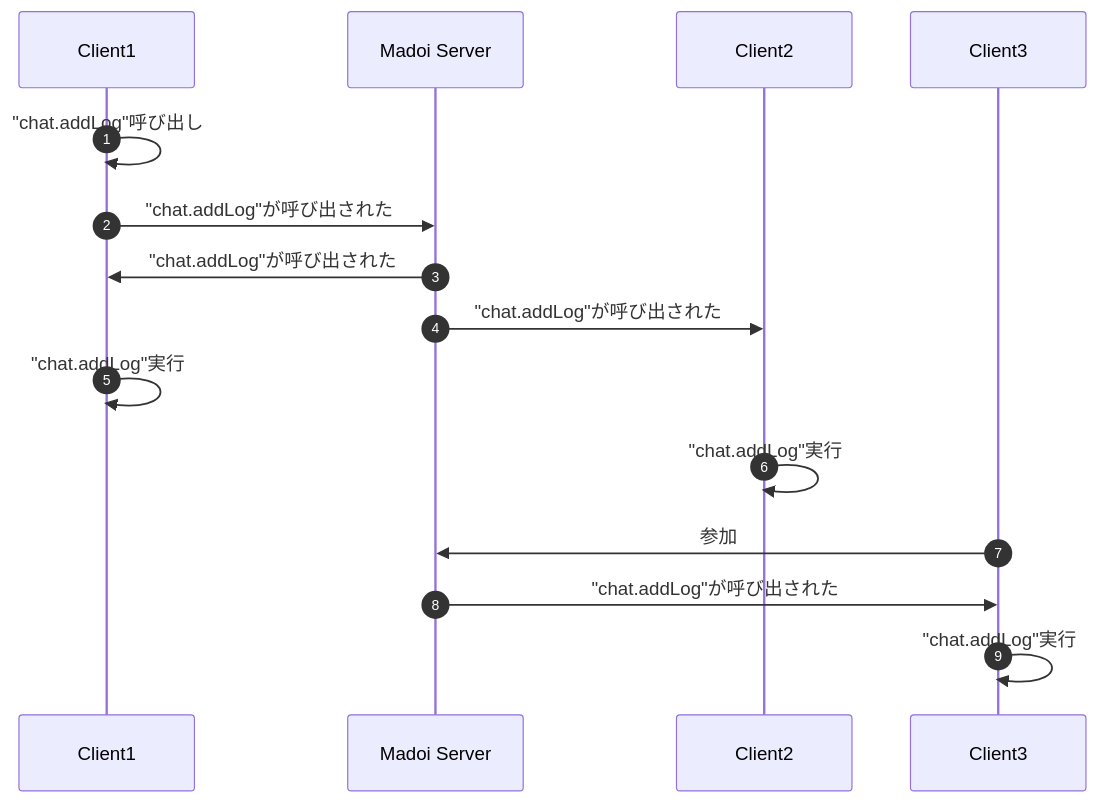
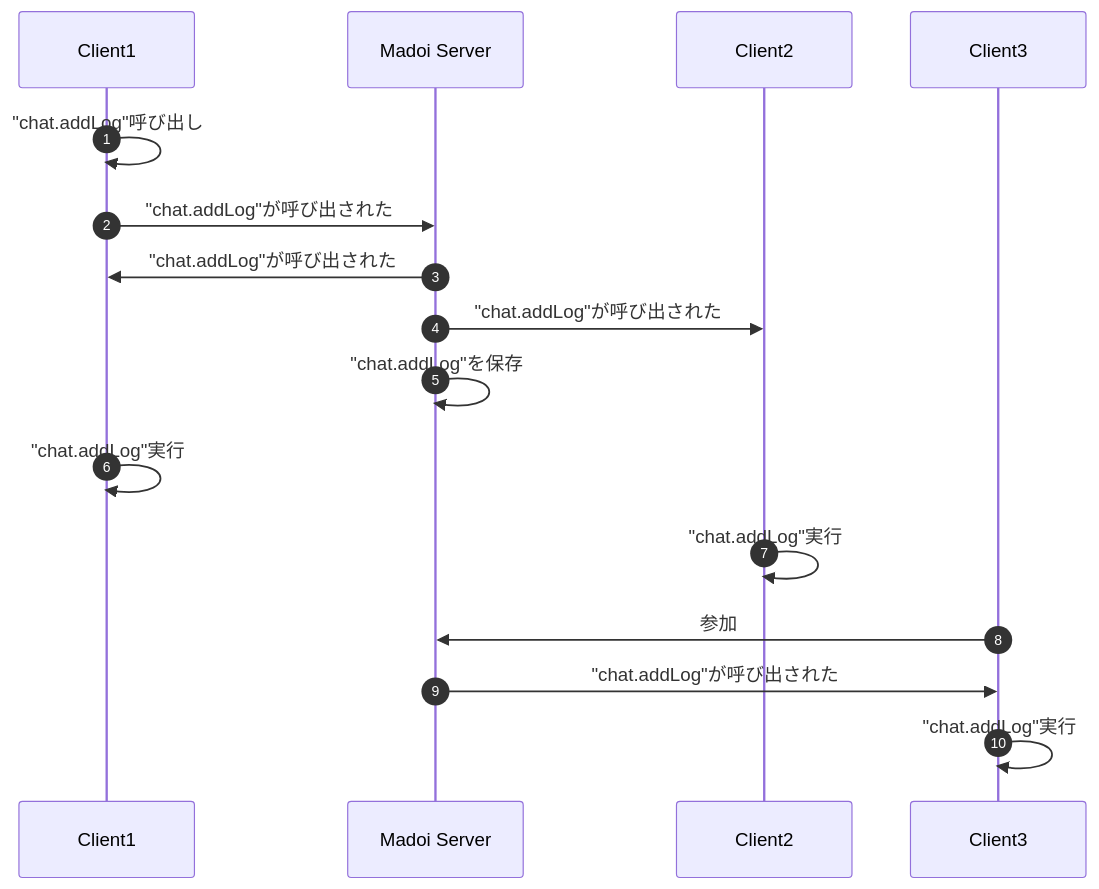
One commit to kcg-edu-future-lab/madoi-sample-js-chat changed the second of 2 diagrams in README.md. Above: the diagram before and after it, drawn with Mermaid.

````diff
--- a/README.md
+++ b/README.md
@@ -80,17 +80,18 @@
 ```mermaid
 sequenceDiagram
     autonumber
     participant c1 as Client1
     participant s as Madoi Server
     participant c2 as Client2
     participant c3 as Client3
     c1->>c1: "chat.addLog"呼び出し
     c1->>s: "chat.addLog"が呼び出された
     s->>c1: "chat.addLog"が呼び出された
     s->>c2: "chat.addLog"が呼び出された
+    s->>s: "chat.addLog"を保存
     c1->>c1: "chat.addLog"実行
     c2->>c2: "chat.addLog"実行
     c3->>s: 参加
     s->>c3: "chat.addLog"が呼び出された
     c3->>c3: "chat.addLog"実行
 ```
````
